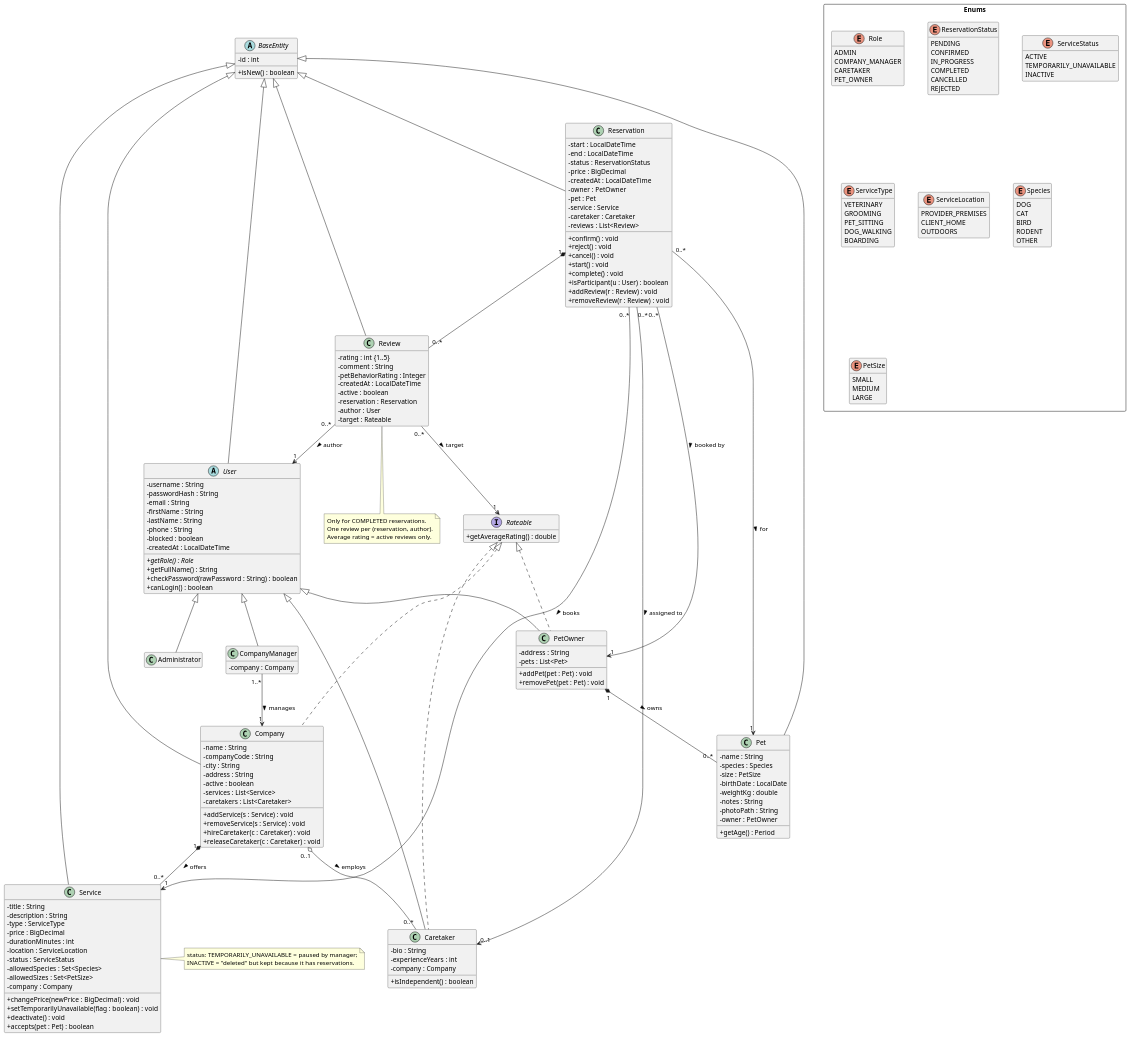
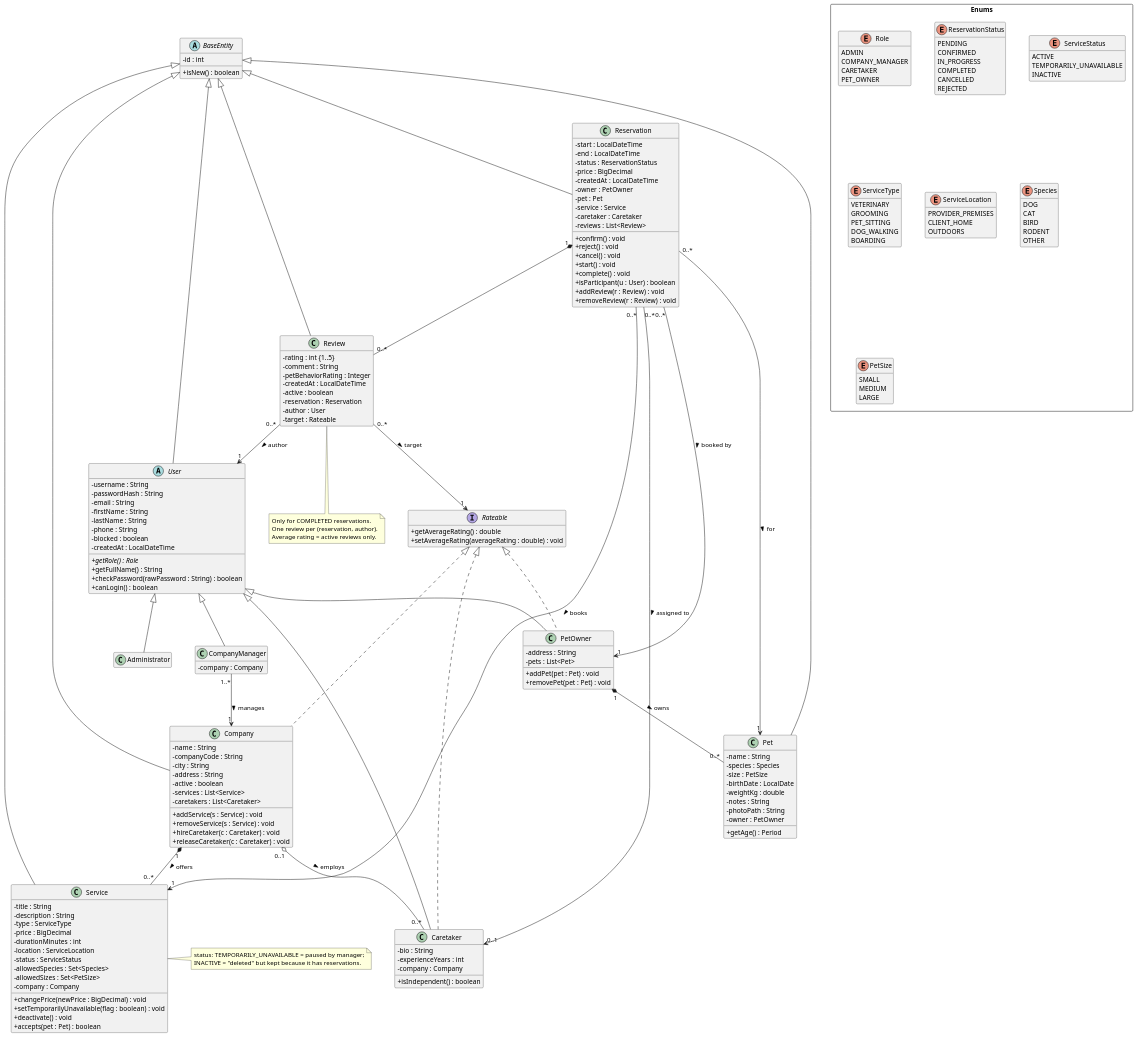
The diagram in docs/lab1-classes.puml (ErvinasE/PetRegistry), drawn with PlantUML before and after one commit. The commit also changed 16 other files, not shown here.

```diff
--- a/docs/lab1-classes.puml
+++ b/docs/lab1-classes.puml
@@ -67,6 +67,7 @@
 
 interface Rateable {
   + getAverageRating() : double
+  + setAverageRating(averageRating : double) : void
 }
 
 ' ===================== Users =====================
```
